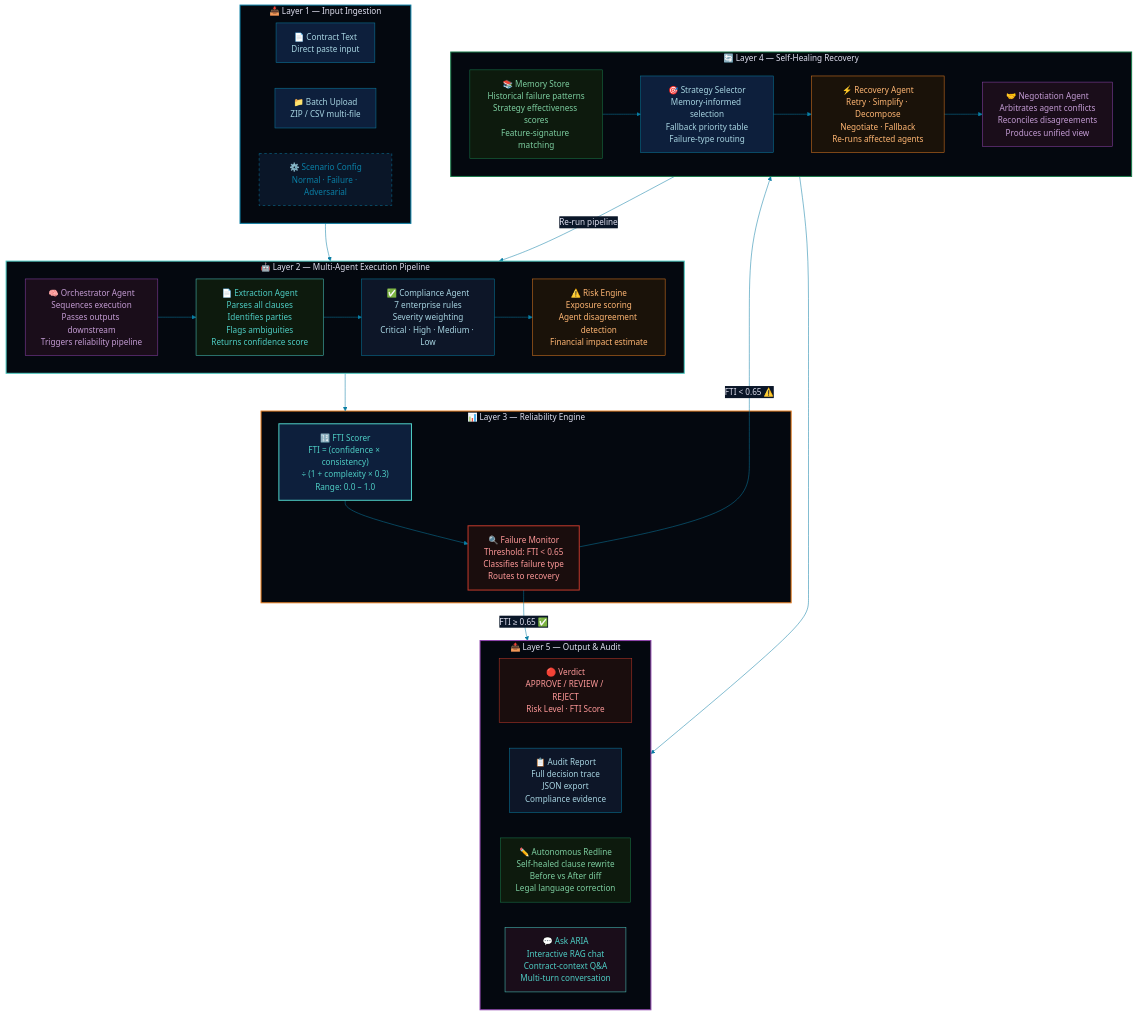
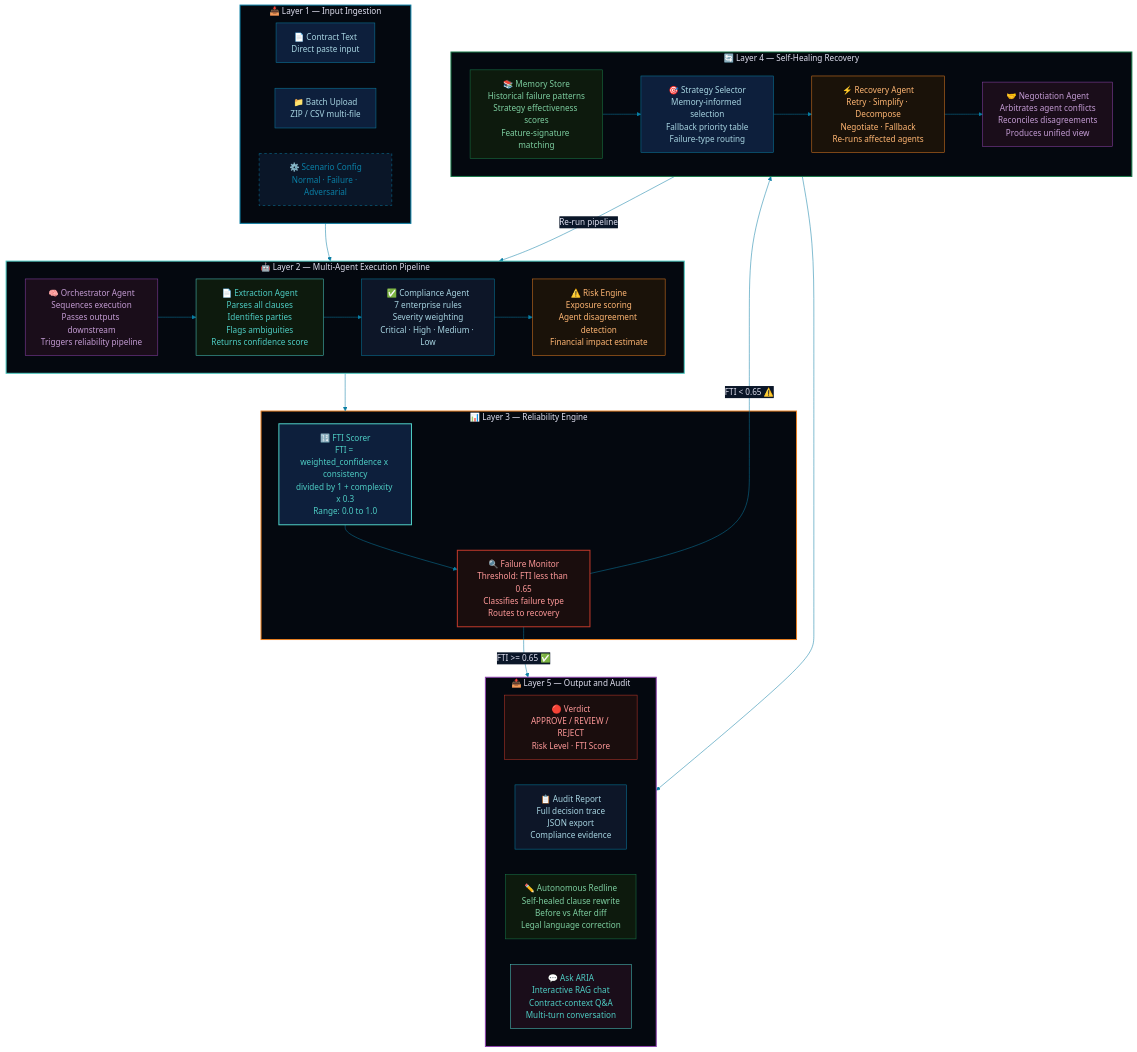
One commit to debasmita30/aria-contract-intelligence changed the third of 7 diagrams in README.md. Above: the diagram before and after it, drawn with Mermaid. The commit also changed other lines of this file, not shown here.

````diff
--- a/README.md
+++ b/README.md
@@ -146,77 +150,72 @@
 ```mermaid
 %%{init: {'theme': 'base', 'themeVariables': {'primaryColor': '#0D1F3C', 'primaryTextColor': '#E0E0F0', 'primaryBorderColor': '#0A7EA4', 'lineColor': '#0A7EA4', 'secondaryColor': '#0a1628', 'background': '#060d1a', 'mainBkg': '#0D1F3C', 'clusterBkg': '#060d1a', 'titleColor': '#E0E0F0', 'fontFamily': 'monospace'}}}%%
 flowchart TD
     subgraph INPUT ["📥 Layer 1 — Input Ingestion"]
         direction LR
         I1["📄 Contract Text\nDirect paste input"]
         I2["📁 Batch Upload\nZIP / CSV multi-file"]
         I3["⚙️ Scenario Config\nNormal · Failure · Adversarial"]
     end
 
     subgraph AGENTS ["🤖 Layer 2 — Multi-Agent Execution Pipeline"]
         direction LR
         ORC["🧠 Orchestrator Agent\nSequences execution\nPasses outputs downstream\nTriggers reliability pipeline"]
         EXT["📄 Extraction Agent\nParses all clauses\nIdentifies parties\nFlags ambiguities\nReturns confidence score"]
         COM["✅ Compliance Agent\n7 enterprise rules\nSeverity weighting\nCritical · High · Medium · Low"]
         RSK["⚠️ Risk Engine\nExposure scoring\nAgent disagreement detection\nFinancial impact estimate"]
     end
 
     subgraph RELIABILITY ["📊 Layer 3 — Reliability Engine"]
-        FTI["🔢 FTI Scorer\nFTI = (confidence × consistency)\n÷ (1 + complexity × 0.3)\nRange: 0.0 – 1.0"]
-        MON["🔍 Failure Monitor\nThreshold: FTI < 0.65\nClassifies failure type\nRoutes to recovery"]
+        FTI["🔢 FTI Scorer\nFTI = weighted_confidence x consistency\ndivided by 1 + complexity x 0.3\nRange: 0.0 to 1.0"]
+        MON["🔍 Failure Monitor\nThreshold: FTI less than 0.65\nClassifies failure type\nRoutes to recovery"]
     end
 
     subgraph RECOVERY ["🔄 Layer 4 — Self-Healing Recovery"]
         direction LR
         MEM["📚 Memory Store\nHistorical failure patterns\nStrategy effectiveness scores\nFeature-signature matching"]
         STR["🎯 Strategy Selector\nMemory-informed selection\nFallback priority table\nFailure-type routing"]
         REC["⚡ Recovery Agent\nRetry · Simplify · Decompose\nNegotiate · Fallback\nRe-runs affected agents"]
         NEG["🤝 Negotiation Agent\nArbitrates agent conflicts\nReconciles disagreements\nProduces unified view"]
     end
 
-    subgraph OUTPUT ["📤 Layer 5 — Output & Audit"]
+    subgraph OUTPUT ["📤 Layer 5 — Output and Audit"]
         direction LR
         VER["🔴 Verdict\nAPPROVE / REVIEW / REJECT\nRisk Level · FTI Score"]
         RPT["📋 Audit Report\nFull decision trace\nJSON export\nCompliance evidence"]
         RED["✏️ Autonomous Redline\nSelf-healed clause rewrite\nBefore vs After diff\nLegal language correction"]
         RAG["💬 Ask ARIA\nInteractive RAG chat\nContract-context Q&A\nMulti-turn conversation"]
     end
 
     INPUT --> AGENTS
     ORC --> EXT --> COM --> RSK
     AGENTS --> RELIABILITY
     FTI --> MON
-    MON -->|"FTI ≥ 0.65 ✅"| OUTPUT
+    MON -->|"FTI >= 0.65 ✅"| OUTPUT
     MON -->|"FTI < 0.65 ⚠️"| RECOVERY
     MEM --> STR --> REC --> NEG
     RECOVERY -->|"Re-run pipeline"| AGENTS
     RECOVERY --> OUTPUT
 
     style I1 fill:#0D1F3C,stroke:#0A7EA4,color:#A8D5E2
     style I2 fill:#0D1F3C,stroke:#0A7EA4,color:#A8D5E2
     style I3 fill:#0a1628,stroke:#0A7EA4,color:#0A7EA4,stroke-dasharray:5
-
     style ORC fill:#1a0d1a,stroke:#8E44AD,color:#C39BD3
     style EXT fill:#0d1a0d,stroke:#4ECDC4,color:#4ECDC4
     style COM fill:#0d1628,stroke:#0A7EA4,color:#A8D5E2
     style RSK fill:#1a1209,stroke:#E67E22,color:#FFB673
-
     style FTI fill:#0D1F3C,stroke:#4ECDC4,color:#4ECDC4,stroke-width:2px
     style MON fill:#1a0d0d,stroke:#C0392B,color:#FF9999,stroke-width:2px
-
     style MEM fill:#0d1a0d,stroke:#1A7A4A,color:#7DCEA0
     style STR fill:#0D1F3C,stroke:#0A7EA4,color:#A8D5E2
     style REC fill:#1a1209,stroke:#E67E22,color:#FFB673
     style NEG fill:#1a0d1a,stroke:#8E44AD,color:#C39BD3
-
     style VER fill:#1a0d0d,stroke:#C0392B,color:#FF9999
     style RPT fill:#0d1628,stroke:#0A7EA4,color:#A8D5E2
     style RED fill:#0d1a0d,stroke:#1A7A4A,color:#7DCEA0
     style RAG fill:#1a0d1a,stroke:#4ECDC4,color:#4ECDC4
-
     style INPUT fill:#04080f,stroke:#0A7EA4,stroke-width:2px,color:#E0E0F0
     style AGENTS fill:#04080f,stroke:#4ECDC4,stroke-width:2px,color:#E0E0F0
     style RELIABILITY fill:#04080f,stroke:#E67E22,stroke-width:2px,color:#E0E0F0
     style RECOVERY fill:#04080f,stroke:#1A7A4A,stroke-width:2px,color:#E0E0F0
     style OUTPUT fill:#04080f,stroke:#8E44AD,stroke-width:2px,color:#E0E0F0
 ```
````
